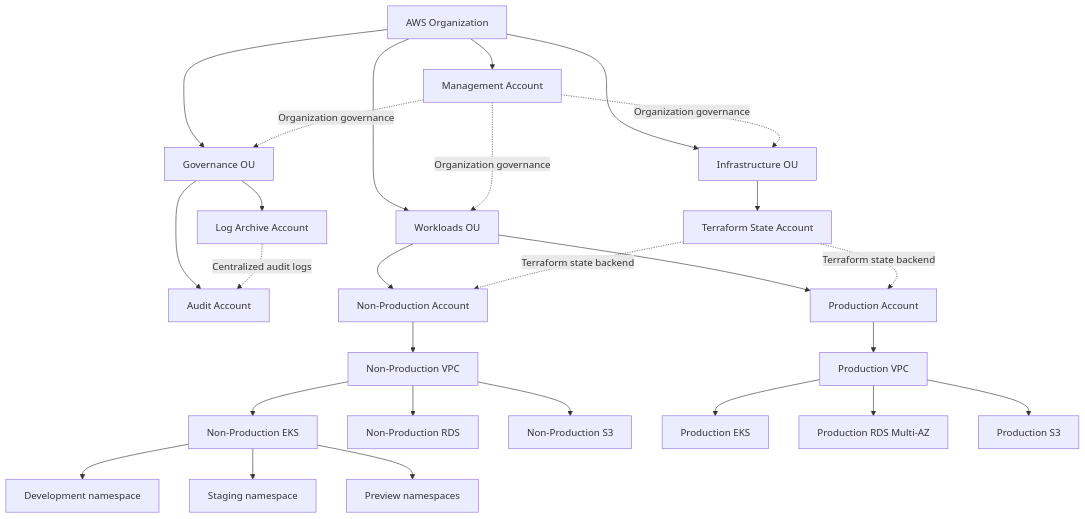
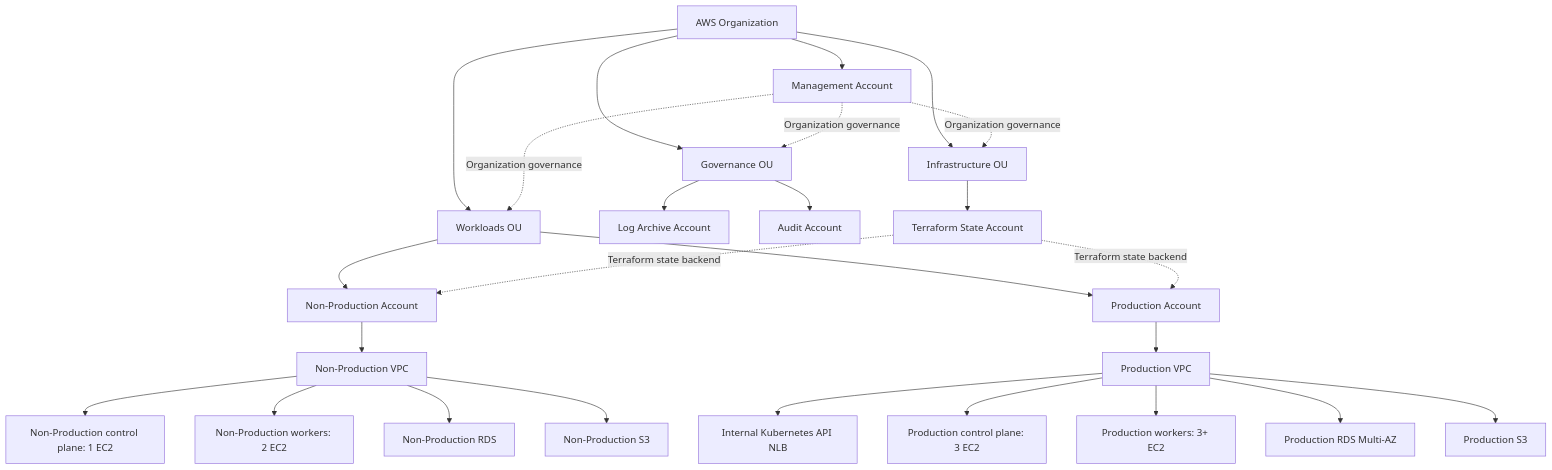
The first of 5 diagrams in architecture.md (benhofirek/cloud-application-platform), drawn with Mermaid before and after one commit. The commit also changed other lines of this file and 2 other files, not shown here.

````diff
--- a/architecture.md
+++ b/architecture.md
@@ -432,36 +634,33 @@
 ```mermaid
 flowchart TB
     ORG["AWS Organization"]
     ORG --> MGMT["Management Account"]
     ORG --> GOV["Governance OU"]
     ORG --> INFRA["Infrastructure OU"]
     ORG --> WORK["Workloads OU"]
 
     GOV --> LOG["Log Archive Account"]
     GOV --> AUDIT["Audit Account"]
-
     INFRA --> STATE["Terraform State Account"]
-
     WORK --> NONPROD["Non-Production Account"]
     WORK --> PROD["Production Account"]
 
     NONPROD --> NVPC["Non-Production VPC"]
-    NVPC --> NEKS["Non-Production EKS"]
-    NEKS --> DEV["Development namespace"]
-    NEKS --> STAGE["Staging namespace"]
-    NEKS --> PREVIEW["Preview namespaces"]
+    NVPC --> NCP["Non-Production control plane: 1 EC2"]
+    NVPC --> NWORK["Non-Production workers: 2 EC2"]
     NVPC --> NRDS["Non-Production RDS"]
     NVPC --> NS3["Non-Production S3"]
 
     PROD --> PVPC["Production VPC"]
-    PVPC --> PEKS["Production EKS"]
+    PVPC --> PLB["Internal Kubernetes API NLB"]
+    PVPC --> PCP["Production control plane: 3 EC2"]
+    PVPC --> PWORK["Production workers: 3+ EC2"]
     PVPC --> PRDS["Production RDS Multi-AZ"]
     PVPC --> PS3["Production S3"]
 
     MGMT -. "Organization governance" .-> GOV
     MGMT -. "Organization governance" .-> INFRA
     MGMT -. "Organization governance" .-> WORK
-    LOG -. "Centralized audit logs" .-> AUDIT
     STATE -. "Terraform state backend" .-> NONPROD
     STATE -. "Terraform state backend" .-> PROD
 ```
````
